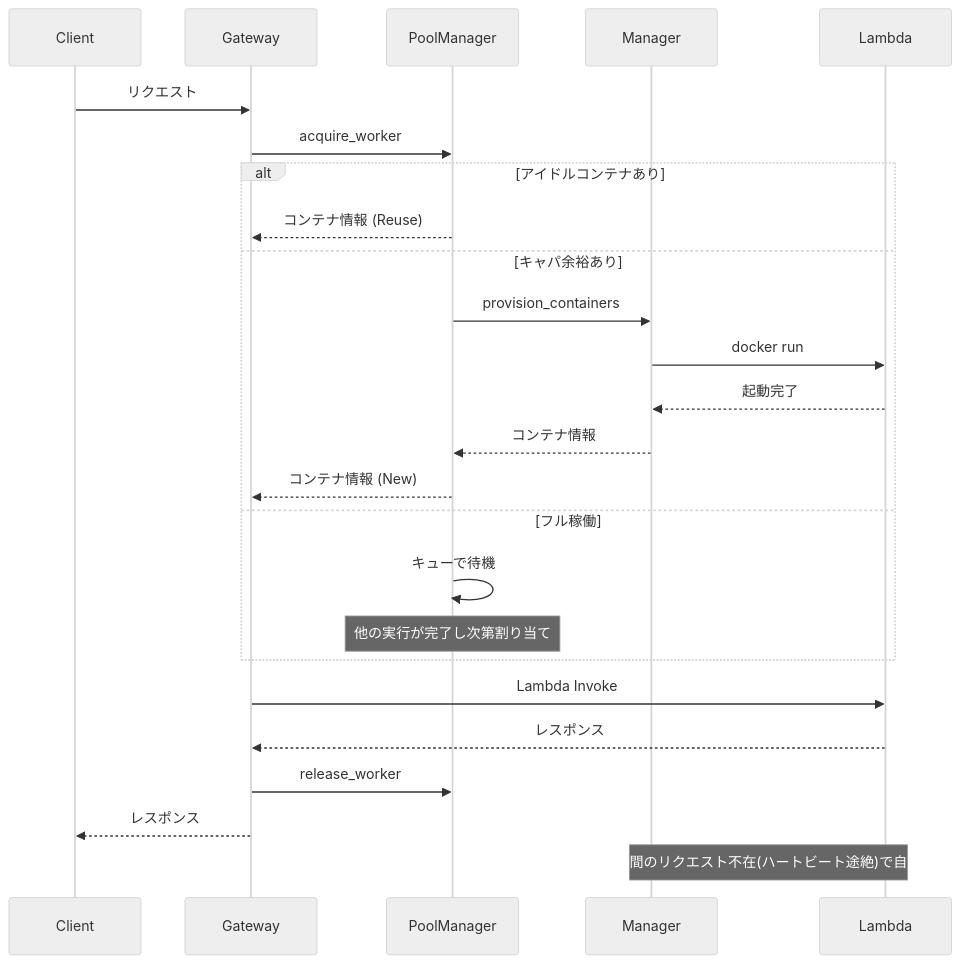
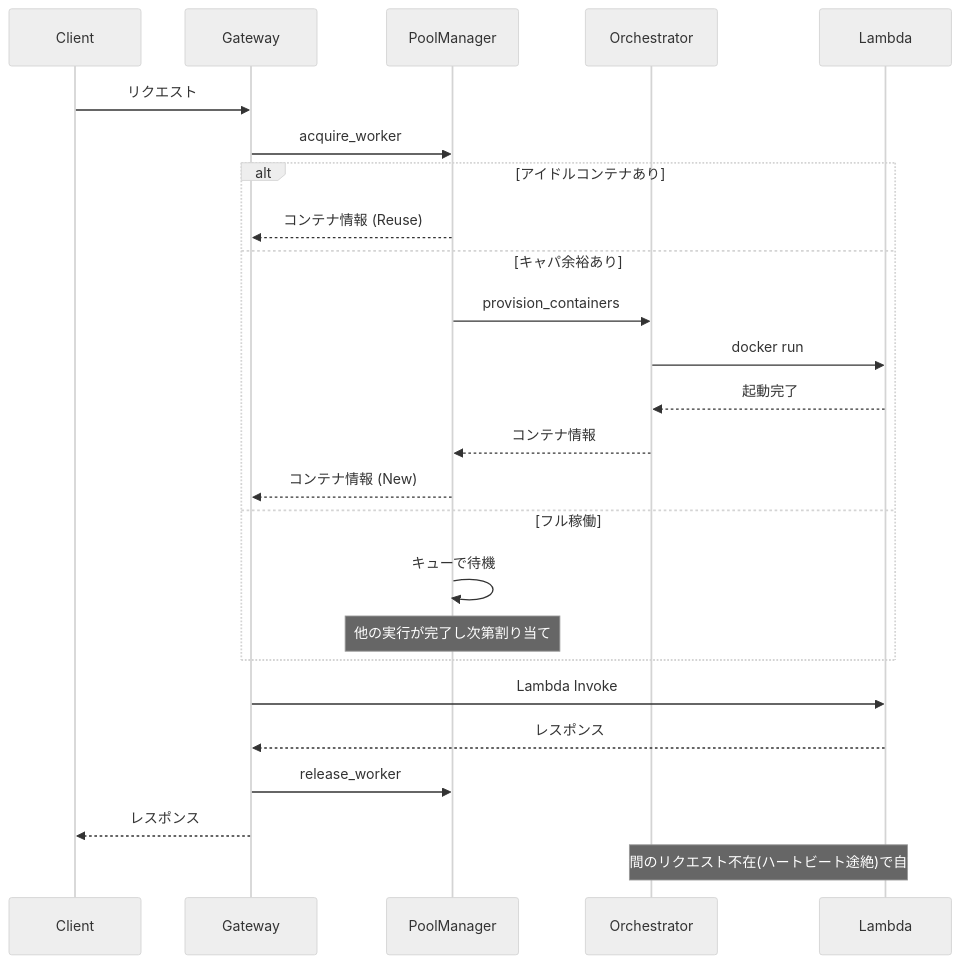
One commit to poruru-code/esb changed the third of 3 diagrams in docs/container-management.md. Above: the diagram before and after it, drawn with Mermaid (neutral theme). The commit also changed other lines of this file and 16 other files, not shown here.

````diff
--- a/docs/container-management.md
+++ b/docs/container-management.md
@@ -80,31 +80,31 @@
 ```mermaid
 sequenceDiagram
     participant Client
     participant Gateway
     participant PoolManager
-    participant Manager
+    participant Orchestrator
     participant Lambda
 
     Client->>Gateway: リクエスト
     Gateway->>PoolManager: acquire_worker
     
     alt アイドルコンテナあり
         PoolManager-->>Gateway: コンテナ情報 (Reuse)
     else キャパ余裕あり
-        PoolManager->>Manager: provision_containers
-        Manager->>Lambda: docker run
-        Lambda-->>Manager: 起動完了
-        Manager-->>PoolManager: コンテナ情報
+        PoolManager->>Orchestrator: provision_containers
+        Orchestrator->>Lambda: docker run
+        Lambda-->>Orchestrator: 起動完了
+        Orchestrator-->>PoolManager: コンテナ情報
         PoolManager-->>Gateway: コンテナ情報 (New)
     else フル稼働
         PoolManager->>PoolManager: キューで待機
         Note over PoolManager: 他の実行が完了し次第割り当て
     end
     
     Gateway->>Lambda: Lambda Invoke
     Lambda-->>Gateway: レスポンス
     Gateway->>PoolManager: release_worker
     Gateway-->>Client: レスポンス
     
-    Note over Manager,Lambda: 一定時間のリクエスト不在(ハートビート途絶)で自動停止
+    Note over Orchestrator,Lambda: 一定時間のリクエスト不在(ハートビート途絶)で自動停止
 ```
````
